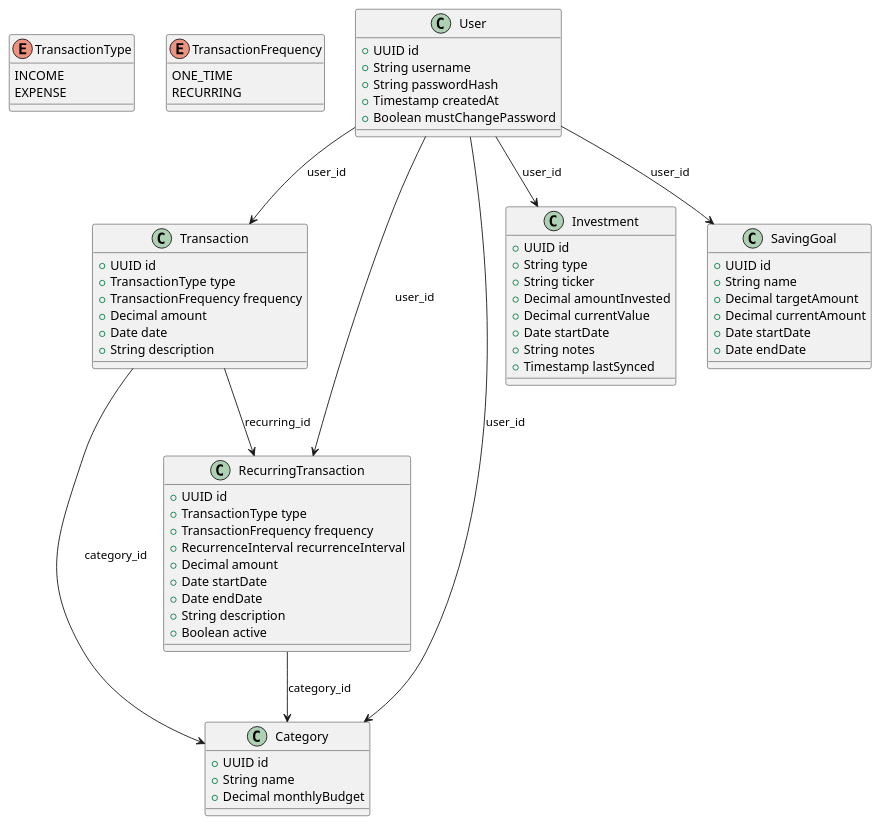
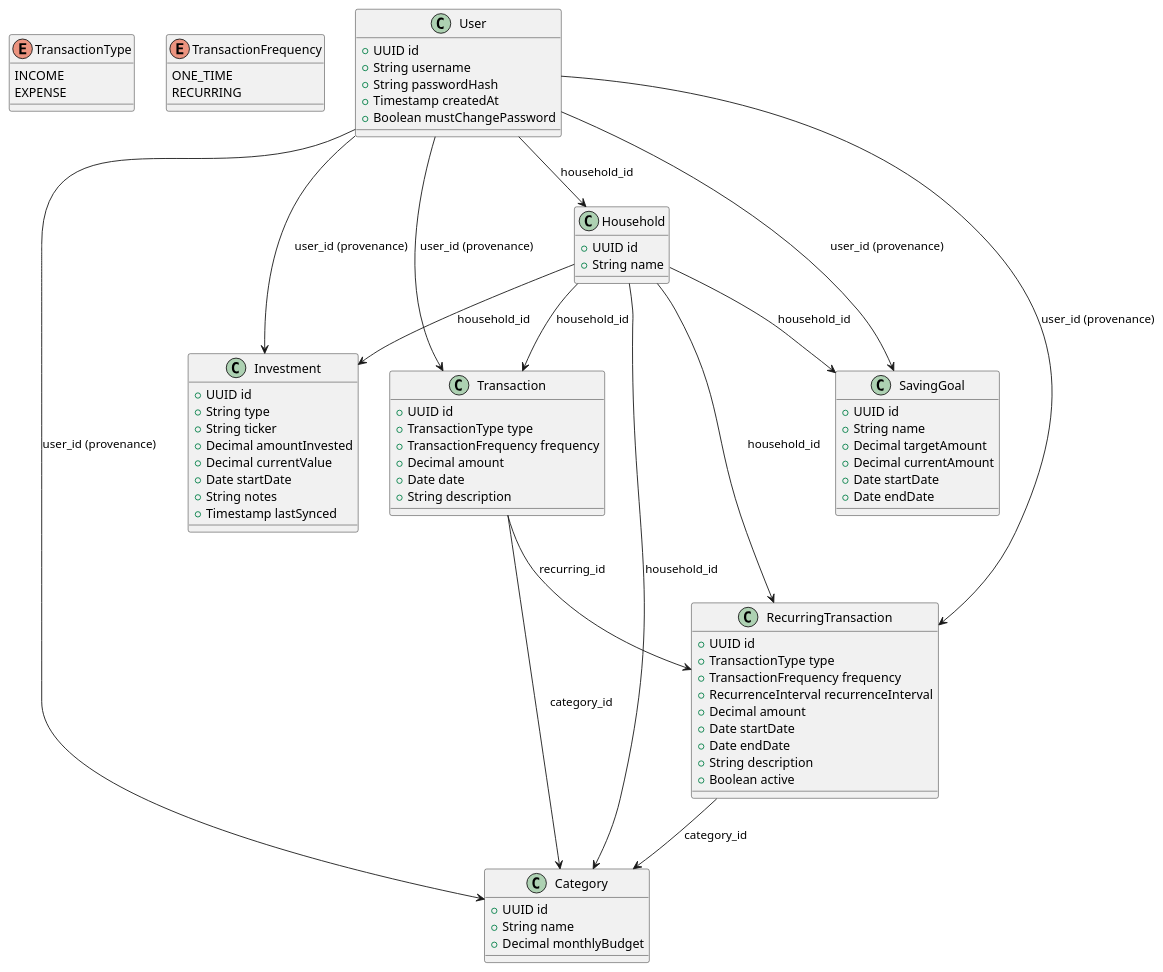
One commit to 1191830/myfinance changed the diagram in docs/DomainModel/DomainModel.puml. Above: the diagram before and after it, drawn with PlantUML. The commit also changed 3 other files, not shown here.

```diff
--- a/docs/DomainModel/DomainModel.puml
+++ b/docs/DomainModel/DomainModel.puml
@@ -1,82 +1,97 @@
 @startuml
 
 ' Define Enums
 enum TransactionType {
   INCOME
   EXPENSE
 }
 
 enum TransactionFrequency {
   ONE_TIME
   RECURRING
 }
 
 ' Define Classes
+class Household {
+  +UUID id
+  +String name
+}
+
 class User {
   +UUID id
   +String username
   +String passwordHash
   +Timestamp createdAt
   +Boolean mustChangePassword
 }
 
 class Transaction {
   +UUID id
   +TransactionType type
   +TransactionFrequency frequency
   +Decimal amount
   +Date date
   +String description
 }
 
 class RecurringTransaction {
   +UUID id
   +TransactionType type
   +TransactionFrequency frequency
   +RecurrenceInterval recurrenceInterval
   +Decimal amount
   +Date startDate
   +Date endDate
   +String description
   +Boolean active
 }
 
 class Category {
   +UUID id
   +String name
   +Decimal monthlyBudget
 }
 
 class Investment {
   +UUID id
   +String type
   +String ticker
   +Decimal amountInvested
   +Decimal currentValue
   +Date startDate
   +String notes
   +Timestamp lastSynced
 }
 
 class SavingGoal {
   +UUID id
   +String name
   +Decimal targetAmount
   +Decimal currentAmount
   +Date startDate
   +Date endDate
 }
 
 ' Relationships
 Transaction --> RecurringTransaction : recurring_id
 Transaction --> Category : category_id
 RecurringTransaction --> Category : category_id
 
-' Every resource is owned by a user - each account's data is isolated from the others.
-User --> Transaction : user_id
-User --> RecurringTransaction : user_id
-User --> Category : user_id
-User --> Investment : user_id
-User --> SavingGoal : user_id
+' Every user belongs to exactly one household; shared resources are scoped by household,
+' not by the individual user - anyone in a household can see and edit anything in it.
+' user_id stays on each row as provenance (who added it) but isn't the authorization key.
+User --> Household : household_id
+Household --> Transaction : household_id
+Household --> RecurringTransaction : household_id
+Household --> Category : household_id
+Household --> Investment : household_id
+Household --> SavingGoal : household_id
+
+' Settings is the one exception - it stays personal to each user, not shared.
+User --> Transaction : user_id (provenance)
+User --> RecurringTransaction : user_id (provenance)
+User --> Category : user_id (provenance)
+User --> Investment : user_id (provenance)
+User --> SavingGoal : user_id (provenance)
 
 @enduml
```
